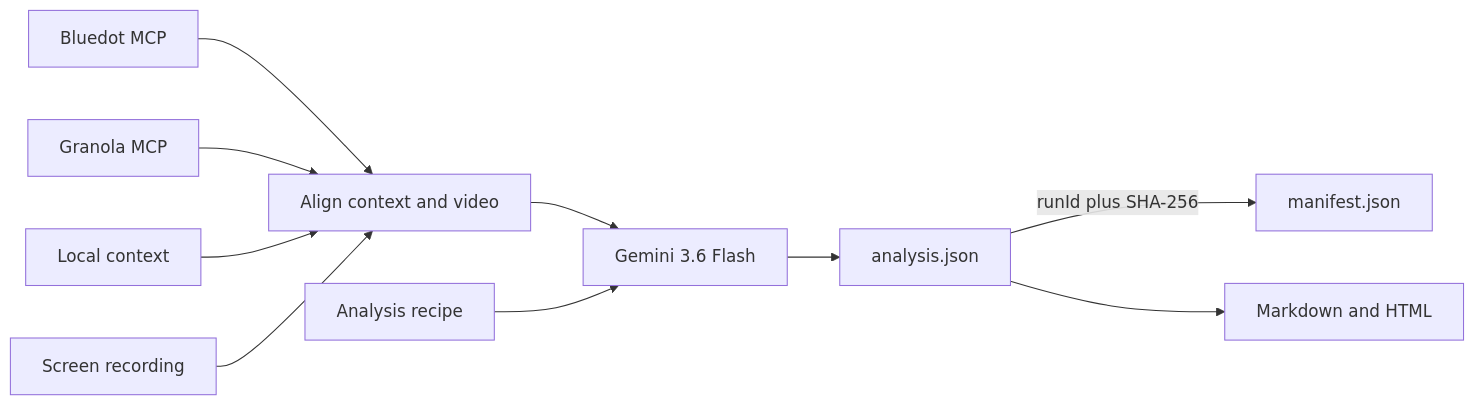
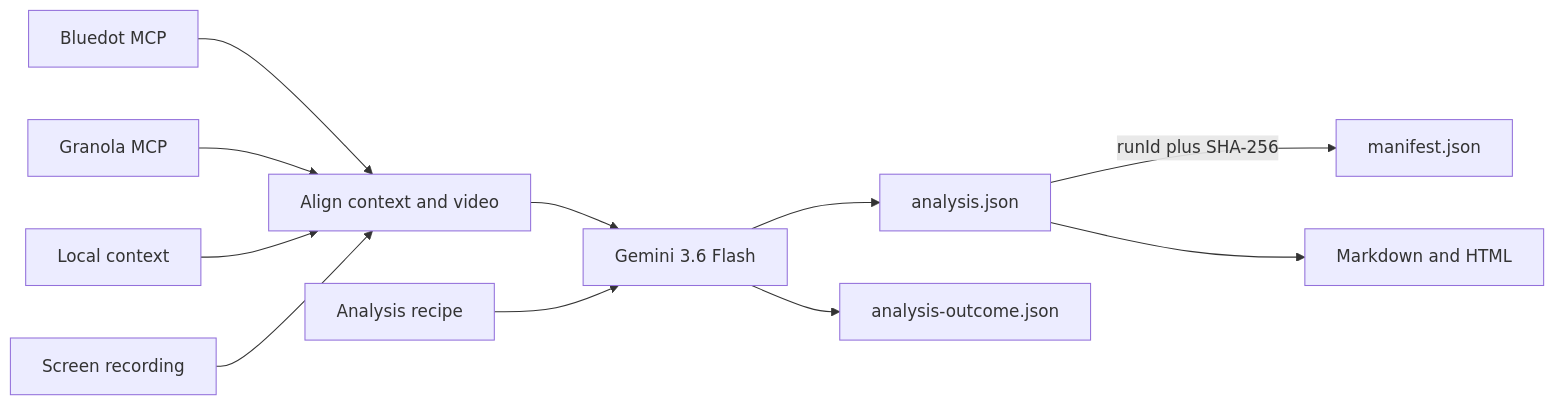
Before and after one commit to jchu96/frame-of-mind: the first of 2 diagrams in README.md, drawn with Mermaid. The commit also changed other lines of this file and 47 other files, not shown here.

````diff
--- a/README.md
+++ b/README.md
@@ -69,23 +71,25 @@
 ```mermaid
 flowchart LR
     B[Bluedot MCP]
     G[Granola MCP]
     F[Local context]
     V[Screen recording]
     A[Align context and video]
     R[Analysis recipe]
     M[Gemini 3.6 Flash]
     J[analysis.json]
+    O[analysis-outcome.json]
     P[manifest.json]
     H[Markdown and HTML]
 
     B --> A
     G --> A
     F --> A
     V --> A
     A --> M
     R --> M
     M --> J
+    M --> O
     J -->|runId plus SHA-256| P
     J --> H
 ```
````
